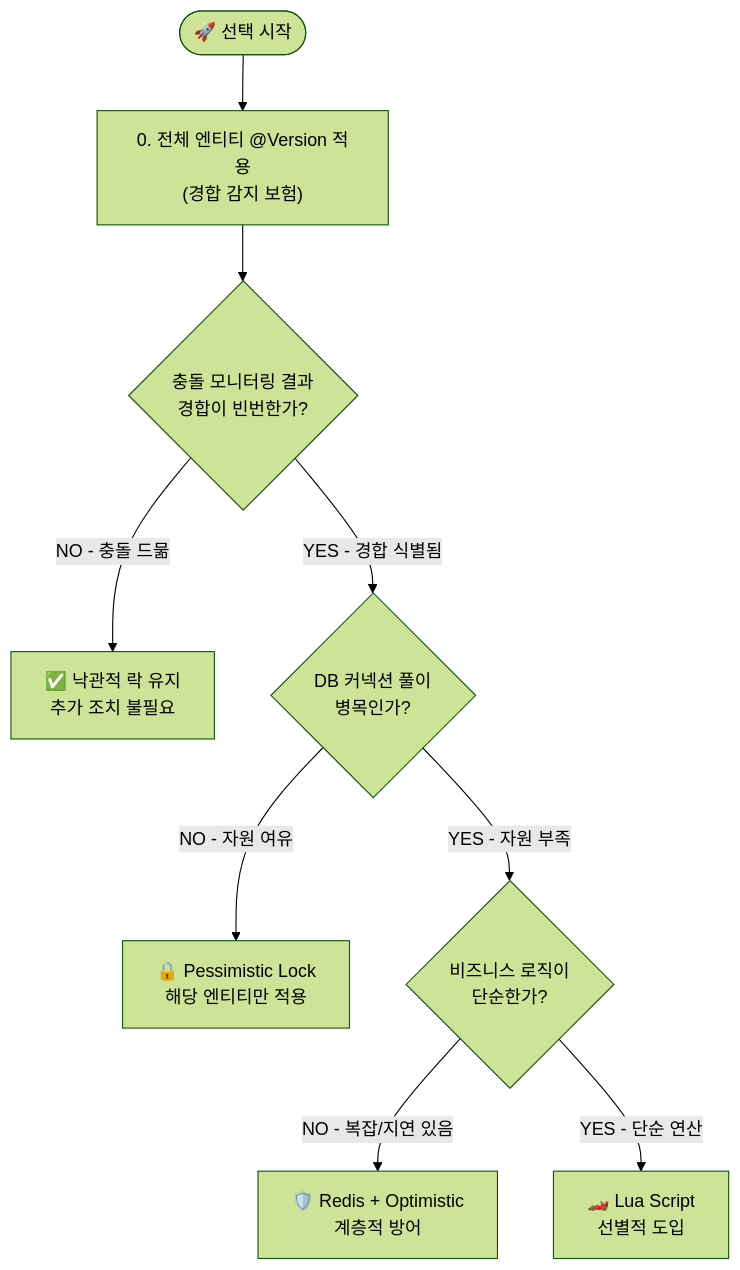
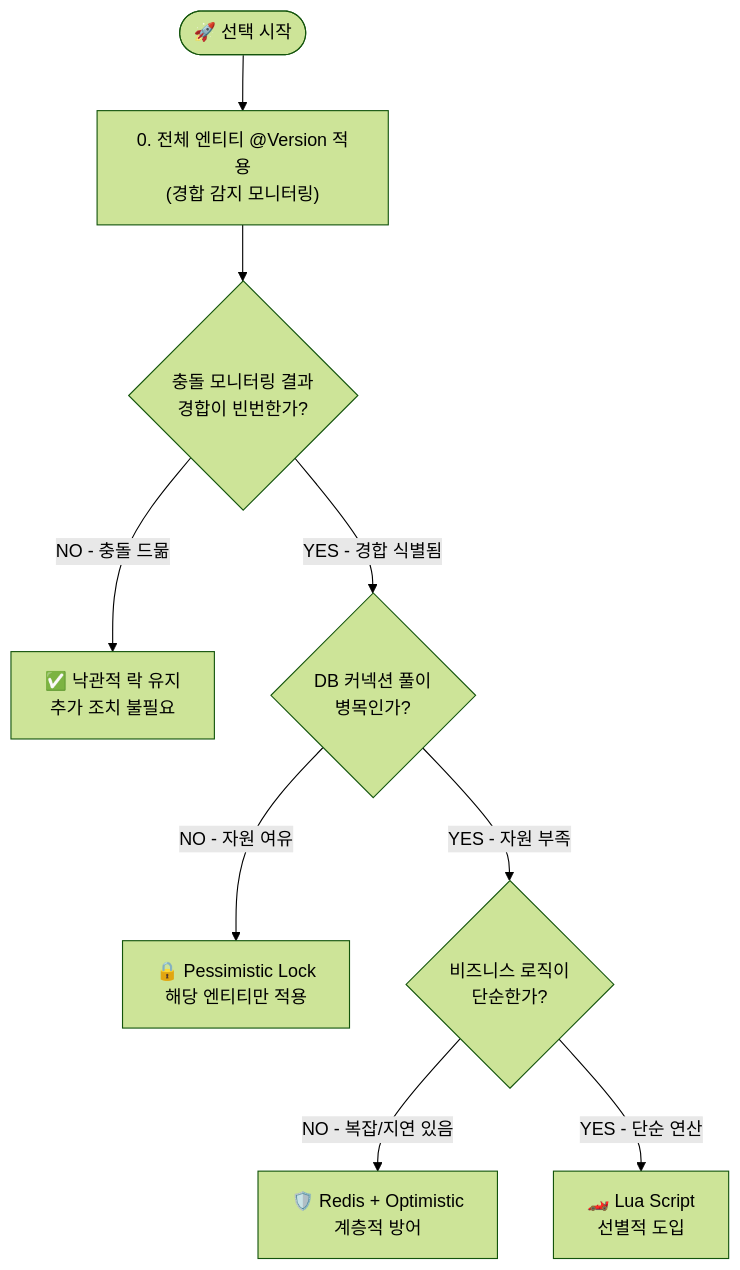
Before and after one commit to JuJin1324/concurrency-control-poc: the second of 2 diagrams in README.md, drawn with Mermaid (forest theme). The commit also changed other lines of this file and 1 other file, not shown here.

````diff
--- a/README.md
+++ b/README.md
@@ -117,15 +155,15 @@
 ```mermaid
 flowchart TD
-    Start([🚀 선택 시작]) --> Base["0. 전체 엔티티 @Version 적용<br/>(경합 감지 보험)"]
+    Start([🚀 선택 시작]) --> Base["0. 전체 엔티티 @Version 적용<br/>(경합 감지 모니터링)"]
 
     Base --> Monitor{"충돌 모니터링 결과<br/>경합이 빈번한가?"}
 
     Monitor -- "NO - 충돌 드묾" --> Keep["✅ 낙관적 락 유지<br/>추가 조치 불필요"]
     Monitor -- "YES - 경합 식별됨" --> Q1{DB 커넥션 풀이<br/>병목인가?}
 
     Q1 -- "NO - 자원 여유" --> Pessimistic["🔒 Pessimistic Lock<br/>해당 엔티티만 적용"]
     Q1 -- "YES - 자원 부족" --> Q2{비즈니스 로직이<br/>단순한가?}
 
     Q2 -- "NO - 복잡/지연 있음" --> RedisOpt["🛡️ Redis + Optimistic<br/>계층적 방어"]
     Q2 -- "YES - 단순 연산" --> LuaScript["🏎️ Lua Script<br/>선별적 도입"]
 ```
````
